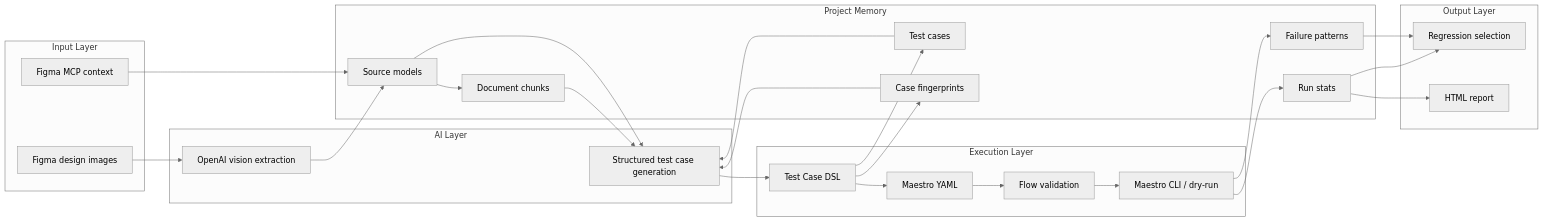
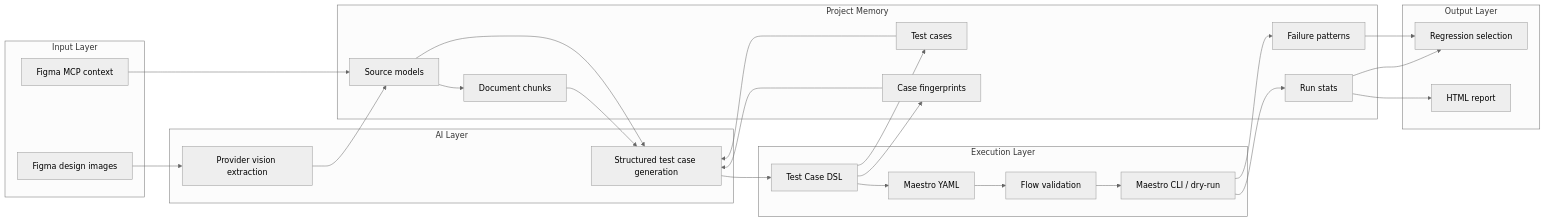
Before and after one commit to Campaignhatsecretin185/ai-design2test: the second of 6 diagrams in DESIGN.md, drawn with Mermaid (neutral theme). The commit also changed other lines of this file and 9 other files, not shown here.

````diff
--- a/DESIGN.md
+++ b/DESIGN.md
@@ -54,53 +54,53 @@
 ```mermaid
 flowchart LR
   subgraph Input["Input Layer"]
     A["Figma design images"]
     B["Figma MCP context"]
   end
 
   subgraph AI["AI Layer"]
-    C["OpenAI vision extraction"]
+    C["Provider vision extraction"]
     D["Structured test case generation"]
   end
 
   subgraph Memory["Project Memory"]
     E["Source models"]
     F["Document chunks"]
     G["Test cases"]
     H["Case fingerprints"]
     I["Run stats"]
     J["Failure patterns"]
   end
 
   subgraph Execution["Execution Layer"]
     K["Test Case DSL"]
     L["Maestro YAML"]
     M["Flow validation"]
     N["Maestro CLI / dry-run"]
   end
 
   subgraph Output["Output Layer"]
     O["Regression selection"]
     P["HTML report"]
   end
 
   A --> C
   B --> E
   C --> E
   E --> F
   F --> D
   E --> D
   G --> D
   H --> D
   D --> K
   K --> G
   K --> H
   K --> L
   L --> M
   M --> N
   N --> I
   N --> J
   I --> O
   J --> O
   I --> P
 ```
````
